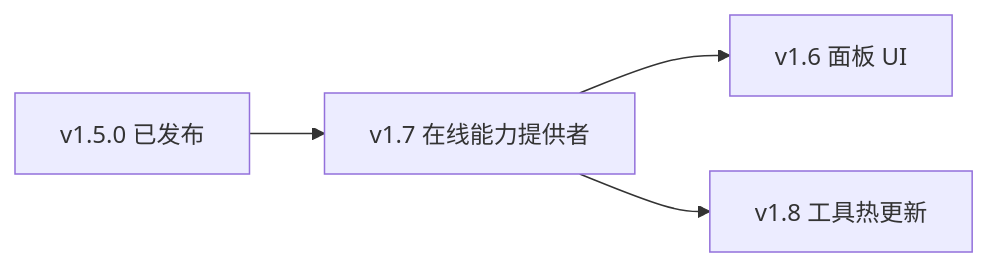
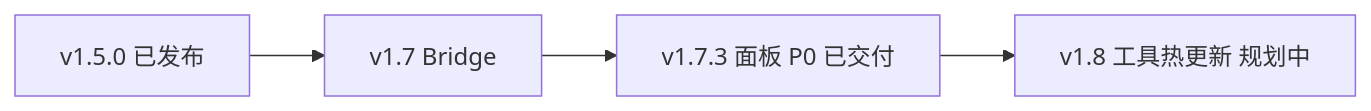
The diagram in DEV.md (x1phyr/cocos-mcp-server), drawn with Mermaid before and after one commit. The commit also changed other lines of this file and 4 other files, not shown here.

````diff
--- a/DEV.md
+++ b/DEV.md
@@ -388,6 +388,6 @@
 ```mermaid
 flowchart LR
-  A[v1.5.0 已发布] --> B[v1.7 在线能力提供者]
-  B --> C[v1.6 面板 UI]
-  B --> D[v1.8 工具热更新]
+  A[v1.5.0 已发布] --> B[v1.7 Bridge]
+  B --> C[v1.7.3 面板 P0 已交付]
+  C --> D[v1.8 工具热更新 规划中]
 ```
````
